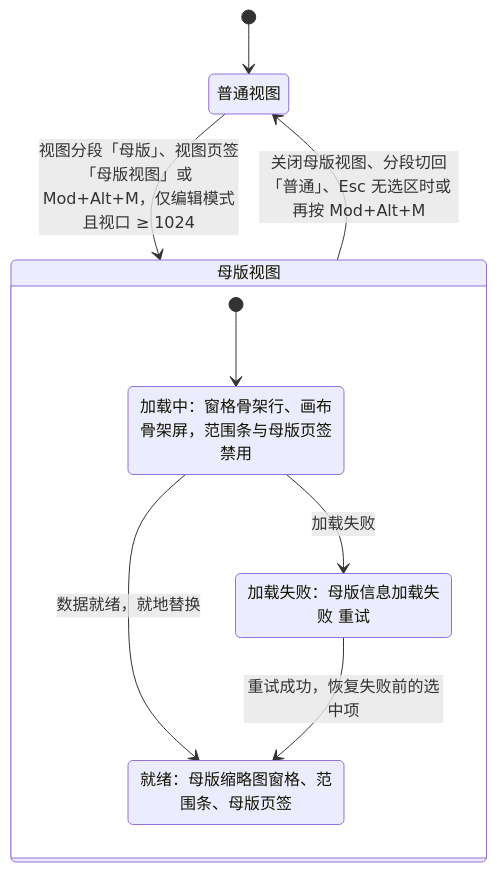
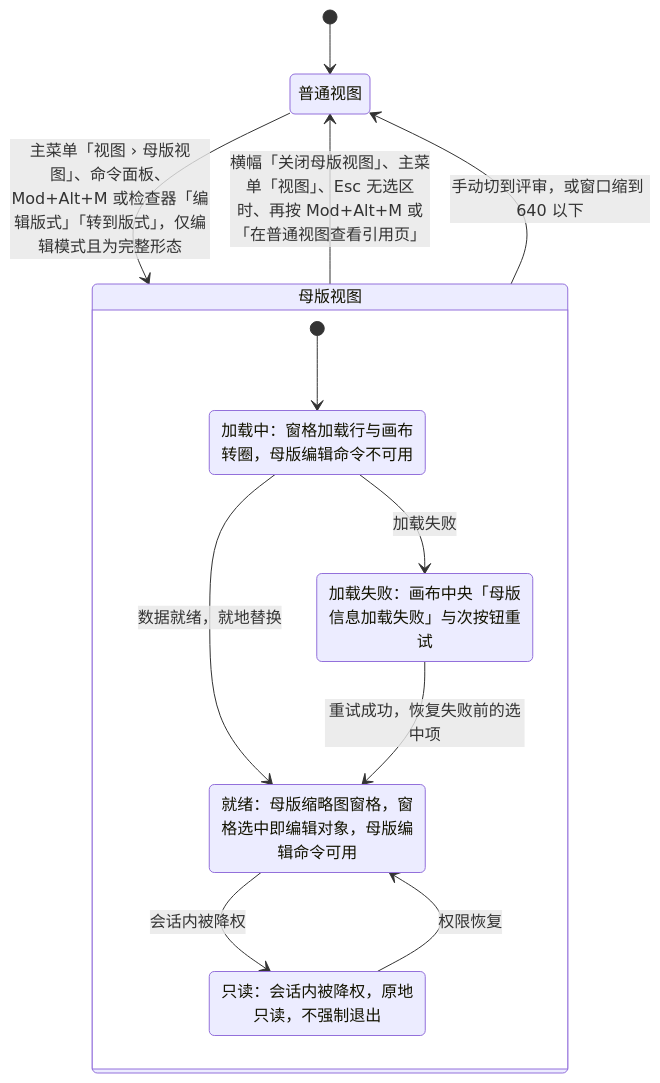
The second of 4 diagrams in docs/10-prd/03-features/07-masters-layouts-and-themes.md (Xeonice/cordis-ppt-editor), drawn with Mermaid before and after one commit. The commit also changed other lines of this file and 16 other files, not shown here.

First line of the commit message:
docs(prd): 按设计语言 v3 改读需求表述（第 0–3 批与母版视图改版）

````diff
--- a/docs/10-prd/03-features/07-masters-layouts-and-themes.md
+++ b/docs/10-prd/03-features/07-masters-layouts-and-themes.md
@@ -85,16 +99,20 @@
 ```mermaid
 stateDiagram-v2
   state "普通视图" as normal
   state "母版视图" as masterview {
-    state "加载中：窗格骨架行、画布骨架屏，范围条与母版页签禁用" as loading
-    state "就绪：母版缩略图窗格、范围条、母版页签" as ready
-    state "加载失败：母版信息加载失败 重试" as failed
+    state "加载中：窗格加载行与画布转圈，母版编辑命令不可用" as loading
+    state "就绪：母版缩略图窗格，窗格选中即编辑对象，母版编辑命令可用" as ready
+    state "加载失败：画布中央「母版信息加载失败」与次按钮重试" as failed
+    state "只读：会话内被降权，原地只读，不强制退出" as readonly
     [*] --> loading
     loading --> ready: 数据就绪，就地替换
     loading --> failed: 加载失败
     failed --> ready: 重试成功，恢复失败前的选中项
+    ready --> readonly: 会话内被降权
+    readonly --> ready: 权限恢复
   }
   [*] --> normal
-  normal --> masterview: 视图分段「母版」、视图页签「母版视图」或 Mod+Alt+M，仅编辑模式且视口 ≥ 1024
-  masterview --> normal: 关闭母版视图、分段切回「普通」、Esc 无选区时或再按 Mod+Alt+M
+  normal --> masterview: 主菜单「视图 › 母版视图」、命令面板、Mod+Alt+M 或检查器「编辑版式」「转到版式」，仅编辑模式且为完整形态
+  masterview --> normal: 横幅「关闭母版视图」、主菜单「视图」、Esc 无选区时、再按 Mod+Alt+M 或「在普通视图查看引用页」
+  masterview --> normal: 手动切到评审，或窗口缩到 640 以下
 ```
````
